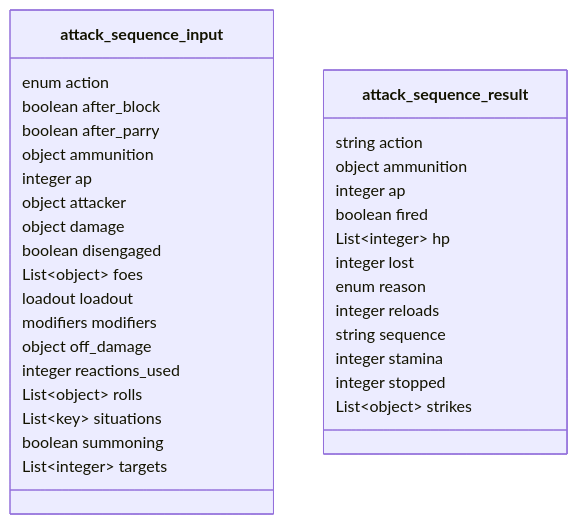
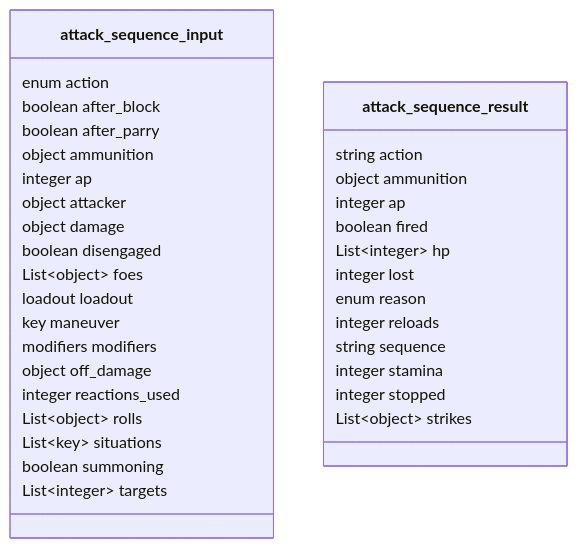
One commit to SETA1609/riftweave-core changed the fifth of 34 diagrams in docs/backend/contract-diagram.md. Above: the diagram before and after it, drawn with Mermaid. The commit also changed other lines of this file and 12 other files, not shown here.

````diff
--- a/docs/backend/contract-diagram.md
+++ b/docs/backend/contract-diagram.md
@@ -224,36 +224,37 @@
 ```mermaid
 classDiagram
     class attack_sequence_input {
         enum action
         boolean after_block
         boolean after_parry
         object ammunition
         integer ap
         object attacker
         object damage
         boolean disengaged
         List~object~ foes
         loadout loadout
+        key maneuver
         modifiers modifiers
         object off_damage
         integer reactions_used
         List~object~ rolls
         List~key~ situations
         boolean summoning
         List~integer~ targets
     }
     class attack_sequence_result {
         string action
         object ammunition
         integer ap
         boolean fired
         List~integer~ hp
         integer lost
         enum reason
         integer reloads
         string sequence
         integer stamina
         integer stopped
         List~object~ strikes
     }
 ```
````
